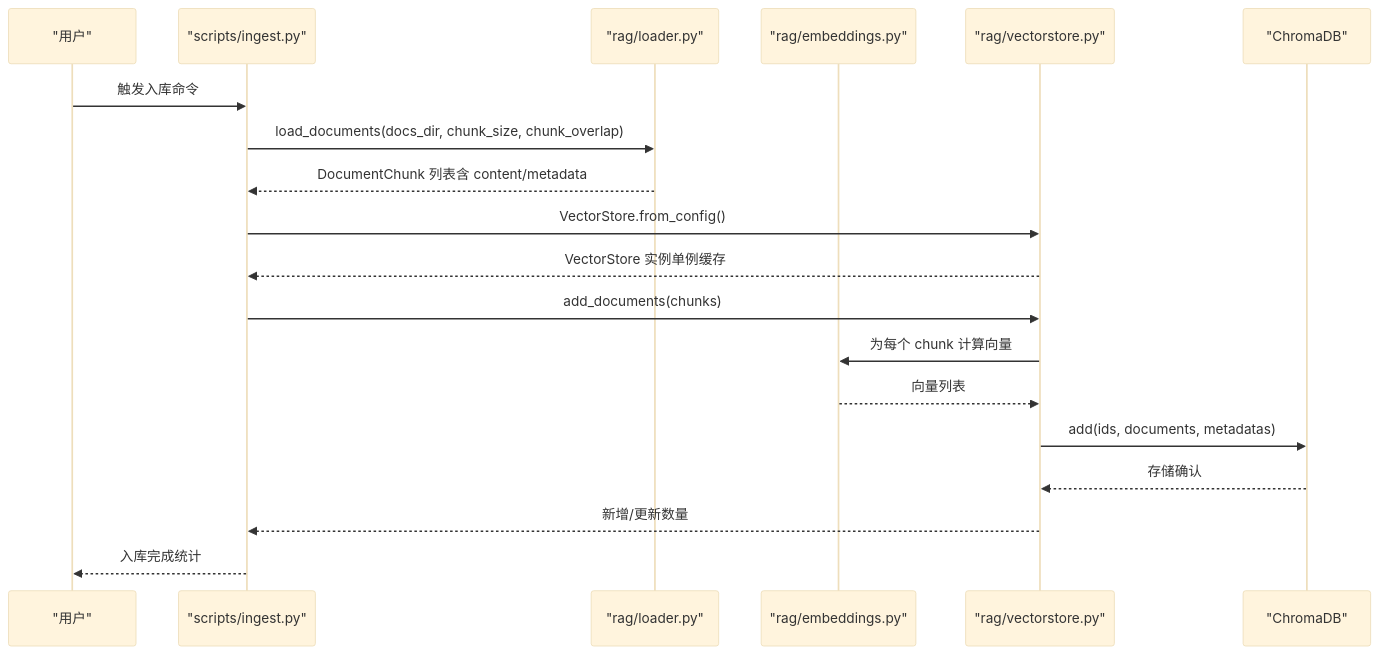
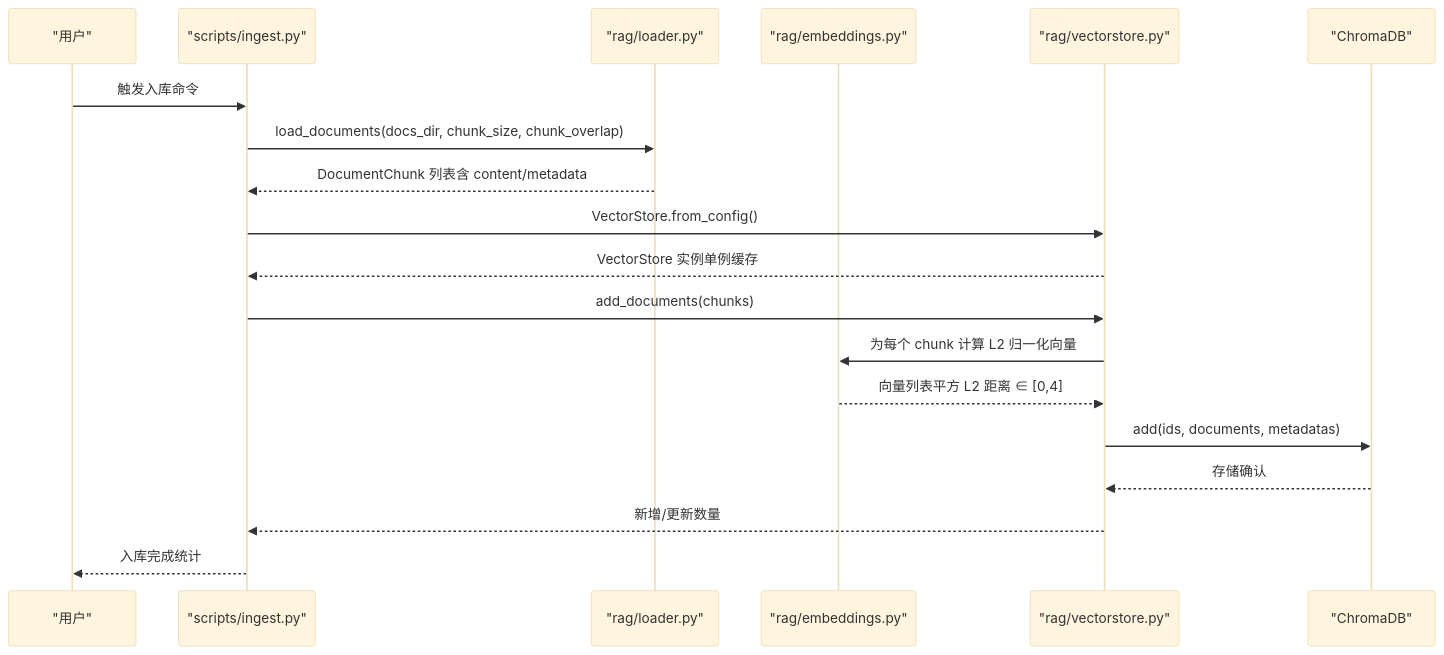
One commit to joyafa/knowledge changed the second of 9 diagrams in .qoder/repowiki/zh/content/系统架构设计/数据流架构/文档入库流程.md. Above: the diagram before and after it, drawn with Mermaid (base theme). The commit also changed other lines of this file and 20 other files, not shown here.

````diff
--- a/.qoder/repowiki/zh/content/系统架构设计/数据流架构/文档入库流程.md
+++ b/.qoder/repowiki/zh/content/系统架构设计/数据流架构/文档入库流程.md
@@ -120,21 +131,21 @@
 ```mermaid
 sequenceDiagram
 participant User as "用户"
 participant Script as "scripts/ingest.py"
 participant Loader as "rag/loader.py"
 participant EmbedFn as "rag/embeddings.py"
 participant VS as "rag/vectorstore.py"
 participant DB as "ChromaDB"
 User->>Script : 触发入库命令
 Script->>Loader : load_documents(docs_dir, chunk_size, chunk_overlap)
 Loader-->>Script : DocumentChunk 列表含 content/metadata
 Script->>VS : VectorStore.from_config()
 VS-->>Script : VectorStore 实例单例缓存
 Script->>VS : add_documents(chunks)
-VS->>EmbedFn : 为每个 chunk 计算向量
-EmbedFn-->>VS : 向量列表
+VS->>EmbedFn : 为每个 chunk 计算 L2 归一化向量
+EmbedFn-->>VS : 向量列表平方 L2 距离 ∈ [0,4]
 VS->>DB : add(ids, documents, metadatas)
 DB-->>VS : 存储确认
 VS-->>Script : 新增/更新数量
 Script-->>User : 入库完成统计
 ```
````
